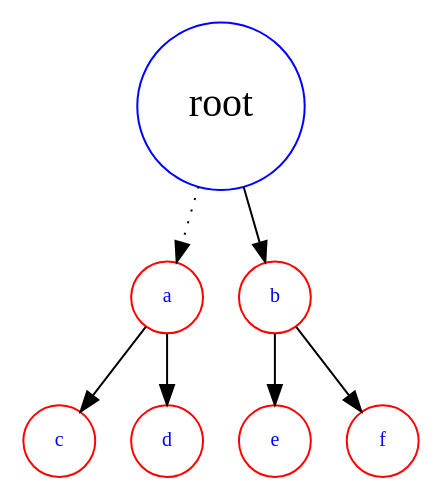
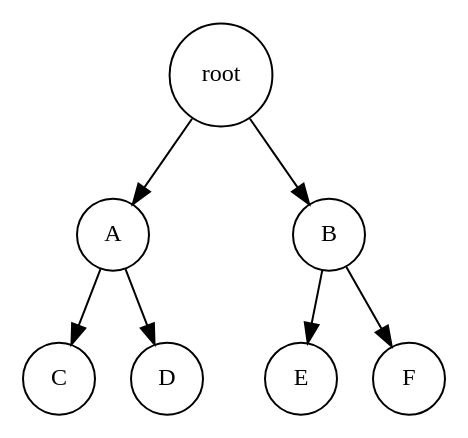
The diagram in docs/notes/data-structure/tree/binary-tree.md (Trezedo/trezedo.github.io), drawn with Graphviz before and after one commit. The commit also changed other lines of this file and 15 other files, not shown here.

````diff
--- a/docs/notes/data-structure/tree/binary-tree.md
+++ b/docs/notes/data-structure/tree/binary-tree.md
@@ -20,12 +20,18 @@
-```graphviz
+```dot
 digraph binaryTree {
-    node [shape = circle; color = red; fontcolor = blue; fontsize = 10;];
-    root [color = blue;fontcolor = black;fontsize = 20;];
-    root -> a [style = dotted;];
-    root -> b;
-    a -> c;
-    a -> d;
-    b -> e;
-    b -> f;
+    node [shape = circle; fontsize = 12;];
+    root;
+    root -> {A B};
+    A -> {C D};
+    B -> {E F};
+
+    // 辅助
+    subgraph {
+        edge [style = invis;];
+        T [style = invis;];
+        A -> T; T -> B;
+        rank = same;
+        A; B; T;
+    }
 }
 ```
````
